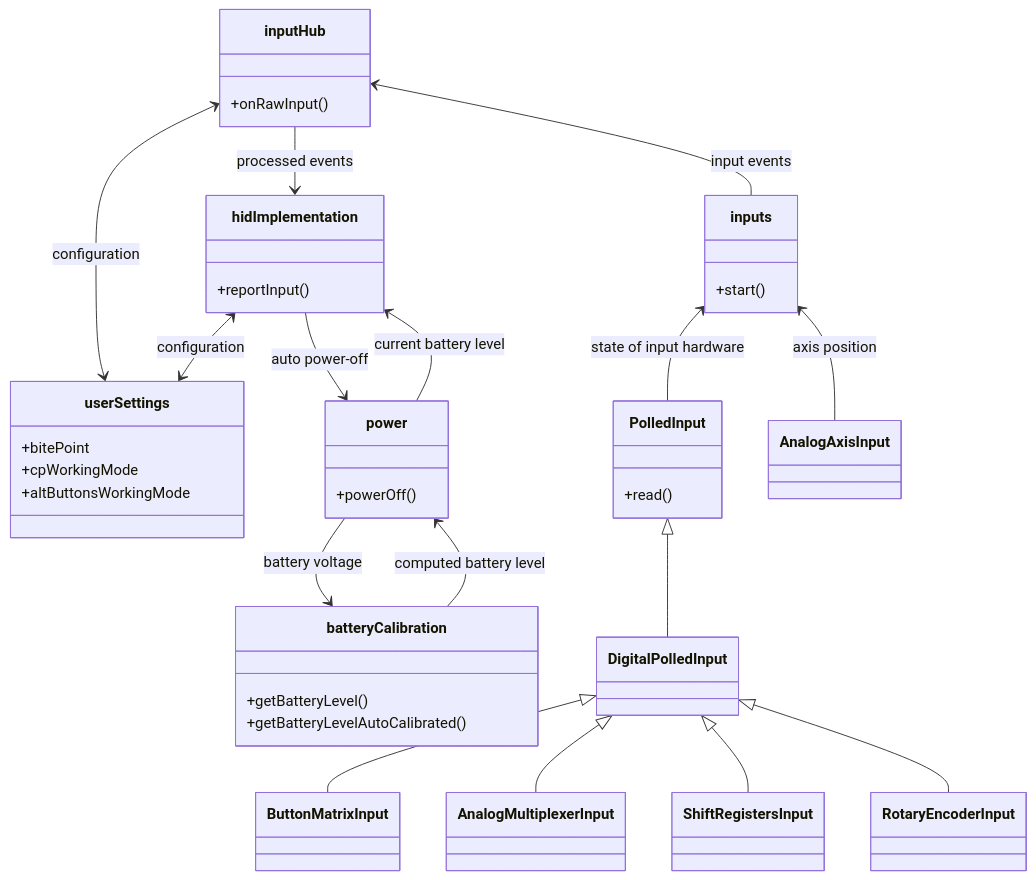
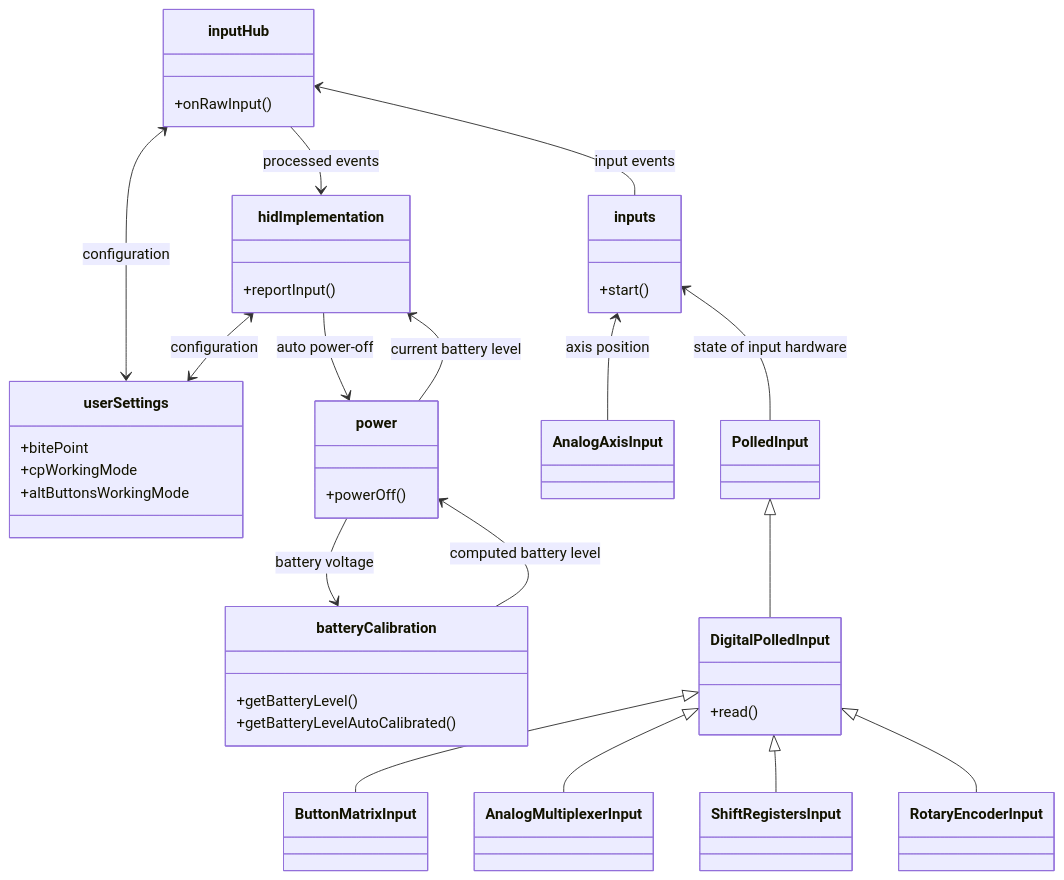
The first of 3 diagrams in doc/firmware/FirmwareArchitecture_en.md (afpineda/OpenSourceSimWheelESP32), drawn with Mermaid before and after one commit. The commit also changed other lines of this file, not shown here.

````diff
--- a/doc/firmware/FirmwareArchitecture_en.md
+++ b/doc/firmware/FirmwareArchitecture_en.md
@@ -59,43 +59,43 @@
 ```mermaid
 classDiagram
     class RotaryEncoderInput
     class inputs {
       +start()
     }
     class inputHub {
       +onRawInput()
     }
     class userSettings {
       +bitePoint
       +cpWorkingMode
       +altButtonsWorkingMode
     }
     class hidImplementation {
       +reportInput()
     }
     class power {
       +powerOff()
     }
     class batteryCalibration {
       +getBatteryLevel()
       +getBatteryLevelAutoCalibrated()
     }
-    class PolledInput {
+    class DigitalPolledInput {
       +read()
     }
     inputHub <-- inputs: input events
     inputs <-- AnalogAxisInput: axis position
     inputs <-- PolledInput: state of input hardware
     DigitalPolledInput <|-- ButtonMatrixInput
     DigitalPolledInput <|-- AnalogMultiplexerInput
     DigitalPolledInput <|-- ShiftRegistersInput
     DigitalPolledInput <|-- RotaryEncoderInput
     PolledInput <|-- DigitalPolledInput
     inputHub <--> userSettings: configuration
     inputHub --> hidImplementation: processed events
     hidImplementation <--> userSettings: configuration
     hidImplementation --> power: auto power-off
     hidImplementation <-- power: current battery level
     power --> batteryCalibration: battery voltage
     power <-- batteryCalibration: computed battery level
 ```
````
